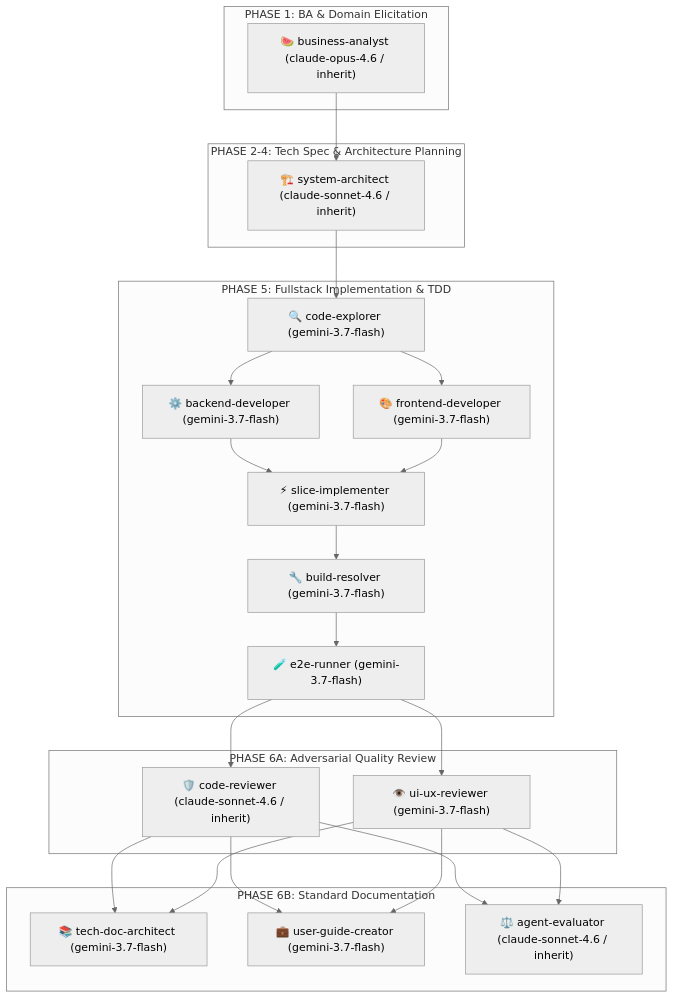
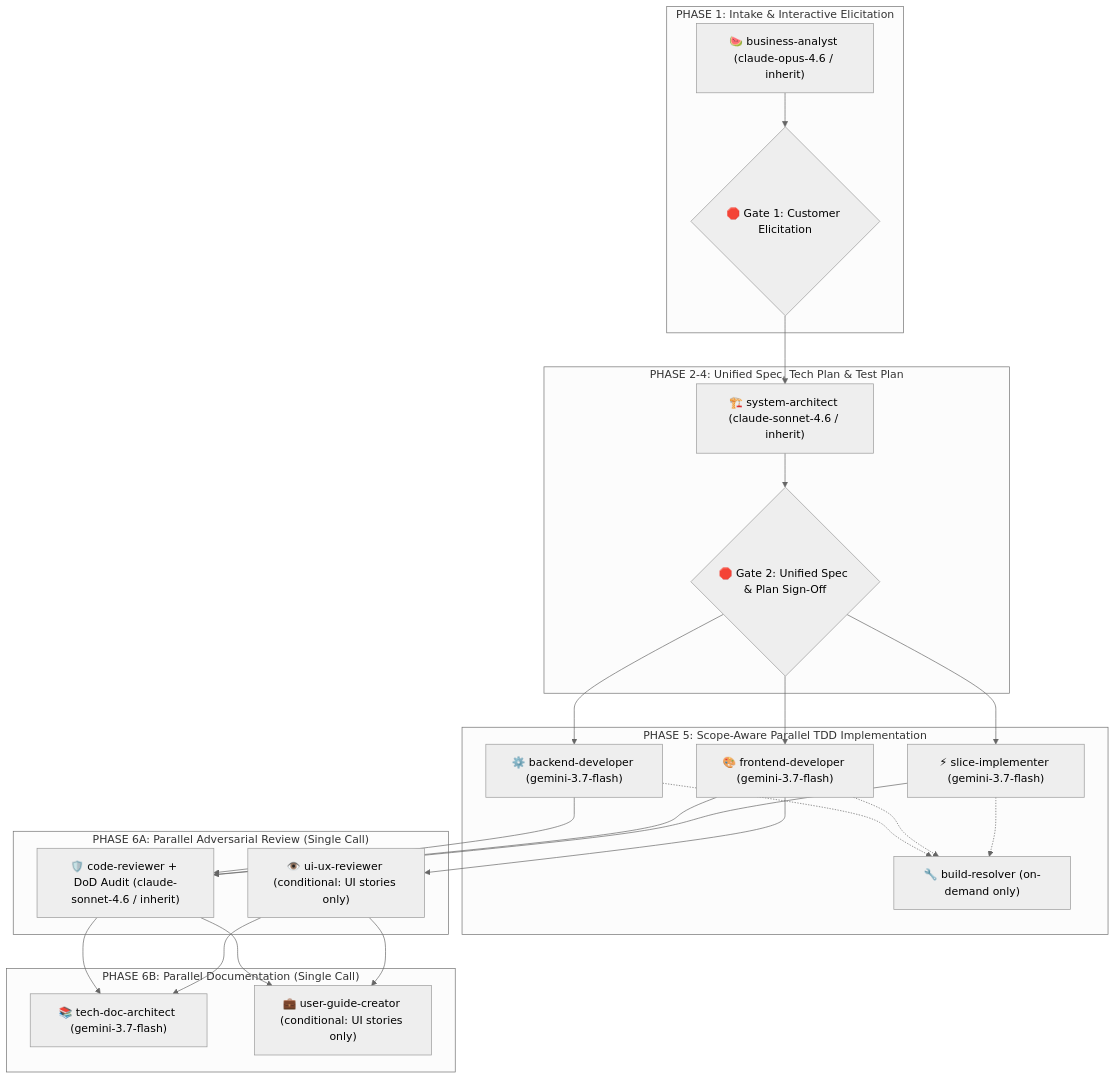
Before and after one commit to ahauy/WordStreak: the diagram in .agents/AGENTS.md, drawn with Mermaid (neutral theme). The commit also changed other lines of this file and 4 other files, not shown here.

````diff
--- a/.agents/AGENTS.md
+++ b/.agents/AGENTS.md
@@ -9,48 +9,47 @@
 ```mermaid
 graph TD
-    subgraph P1 ["PHASE 1: BA & Domain Elicitation"]
+    subgraph P1 ["PHASE 1: Intake & Interactive Elicitation"]
         BA["🍉 business-analyst (claude-opus-4.6 / inherit)"]
+        G1{"🛑 Gate 1: Customer Elicitation"}
+        BA --> G1
     end
 
-    subgraph P2 ["PHASE 2-4: Tech Spec & Architecture Planning"]
+    subgraph P2 ["PHASE 2-4: Unified Spec, Tech Plan & Test Plan"]
         SA["🏗️ system-architect (claude-sonnet-4.6 / inherit)"]
+        G2{"🛑 Gate 2: Unified Spec & Plan Sign-Off"}
+        G1 --> SA --> G2
     end
 
-    subgraph P5 ["PHASE 5: Fullstack Implementation & TDD"]
-        CE["🔍 code-explorer (gemini-3.7-flash)"]
+    subgraph P5 ["PHASE 5: Scope-Aware Parallel TDD Implementation"]
         BE["⚙️ backend-developer (gemini-3.7-flash)"]
         FE["🎨 frontend-developer (gemini-3.7-flash)"]
         SI["⚡ slice-implementer (gemini-3.7-flash)"]
-        BR["🔧 build-resolver (gemini-3.7-flash)"]
-        E2E["🧪 e2e-runner (gemini-3.7-flash)"]
+        BR["🔧 build-resolver (on-demand only)"]
 
-        CE --> BE
-        CE --> FE
-        BE --> SI
-        FE --> SI
-        SI --> BR
-        BR --> E2E
+        G2 --> BE
+        G2 --> FE
+        G2 --> SI
+        BE -.-> BR
+        FE -.-> BR
+        SI -.-> BR
     end
 
-    subgraph P6A ["PHASE 6A: Adversarial Quality Review"]
-        CR["🛡️ code-reviewer (claude-sonnet-4.6 / inherit)"]
-        UR["👁️ ui-ux-reviewer (gemini-3.7-flash)"]
+    subgraph P6A ["PHASE 6A: Parallel Adversarial Review (Single Call)"]
+        CR["🛡️ code-reviewer + DoD Audit (claude-sonnet-4.6 / inherit)"]
+        UR["👁️ ui-ux-reviewer (conditional: UI stories only)"]
     end
 
-    subgraph P6B ["PHASE 6B: Standard Documentation"]
+    subgraph P6B ["PHASE 6B: Parallel Documentation (Single Call)"]
         TD["📚 tech-doc-architect (gemini-3.7-flash)"]
-        UG["💼 user-guide-creator (gemini-3.7-flash)"]
-        AE["⚖️ agent-evaluator (claude-sonnet-4.6 / inherit)"]
+        UG["💼 user-guide-creator (conditional: UI stories only)"]
     end
 
-    BA --> SA
-    SA --> CE
-    E2E --> CR
-    E2E --> UR
+    BE --> CR
+    FE --> CR
+    SI --> CR
+    FE --> UR
     CR --> TD
     CR --> UG
-    CR --> AE
     UR --> TD
     UR --> UG
-    UR --> AE
 ```
````
